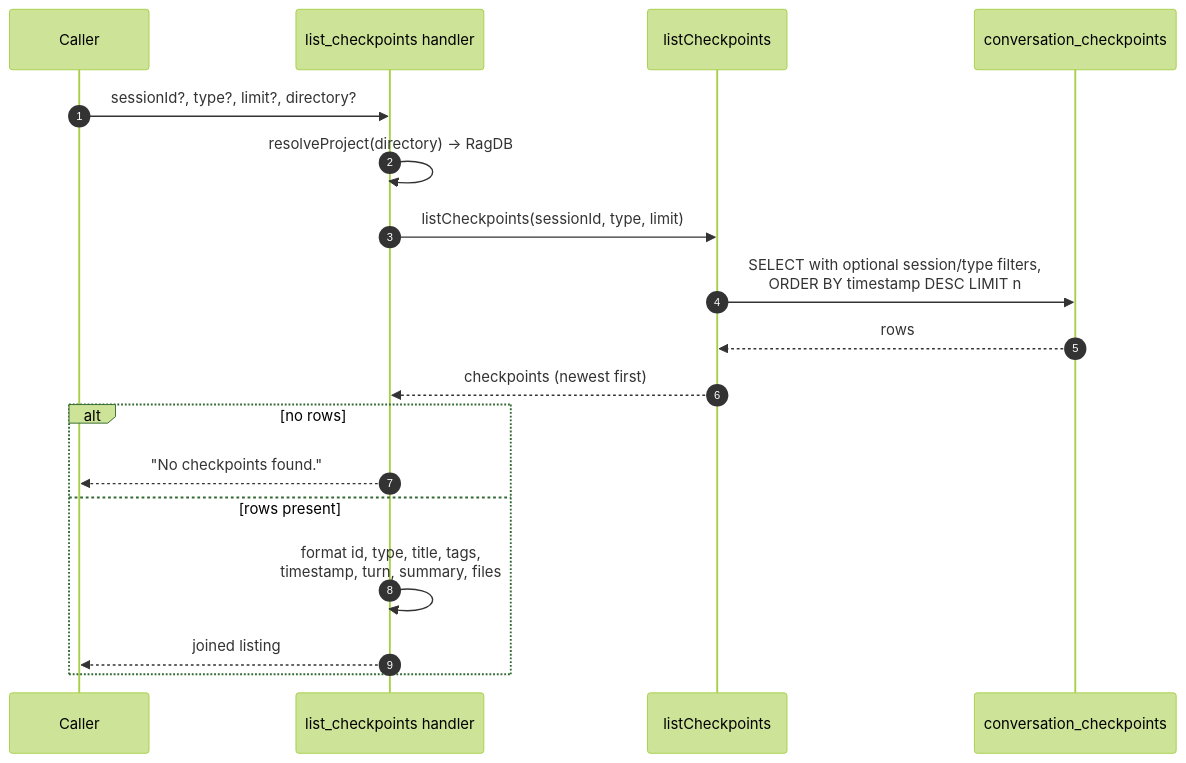
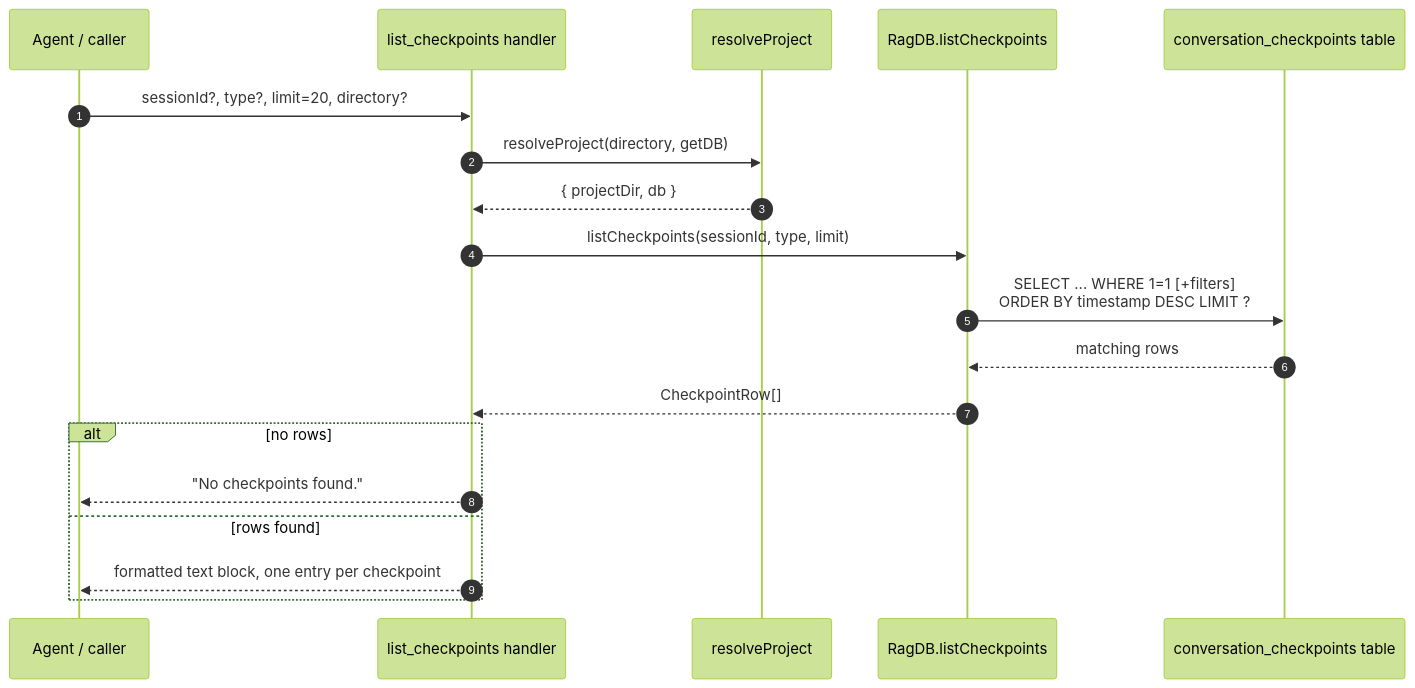
Before and after one commit to TheWinci/mimirs: the diagram in wiki/tools/list-checkpoints.md, drawn with Mermaid (forest theme). The commit also changed other lines of this file and 51 other files, not shown here.

````diff
--- a/wiki/tools/list-checkpoints.md
+++ b/wiki/tools/list-checkpoints.md
@@ -11,21 +13,21 @@
 ```mermaid
 sequenceDiagram
-  autonumber
-  participant Caller
-  participant Tool as list_checkpoints handler
-  participant DB as listCheckpoints
-  participant SQLite as conversation_checkpoints
-
-  Caller->>Tool: sessionId?, type?, limit?, directory?
-  Tool->>Tool: resolveProject(directory) -> RagDB
-  Tool->>DB: listCheckpoints(sessionId, type, limit)
-  DB->>SQLite: SELECT with optional session/type filters,<br>ORDER BY timestamp DESC LIMIT n
-  SQLite-->>DB: rows
-  DB-->>Tool: checkpoints (newest first)
-  alt no rows
-    Tool-->>Caller: "No checkpoints found."
-  else rows present
-    Tool->>Tool: format id, type, title, tags,<br>timestamp, turn, summary, files
-    Tool-->>Caller: joined listing
-  end
+    autonumber
+    participant Agent as Agent / caller
+    participant Tool as list_checkpoints handler
+    participant Resolve as resolveProject
+    participant DB as RagDB.listCheckpoints
+    participant SQLite as conversation_checkpoints table
+    Agent->>Tool: sessionId?, type?, limit=20, directory?
+    Tool->>Resolve: resolveProject(directory, getDB)
+    Resolve-->>Tool: { projectDir, db }
+    Tool->>DB: listCheckpoints(sessionId, type, limit)
+    DB->>SQLite: SELECT ... WHERE 1=1 [+filters]<br>ORDER BY timestamp DESC LIMIT ?
+    SQLite-->>DB: matching rows
+    DB-->>Tool: CheckpointRow[]
+    alt no rows
+        Tool-->>Agent: "No checkpoints found."
+    else rows found
+        Tool-->>Agent: formatted text block, one entry per checkpoint
+    end
 ```
````
